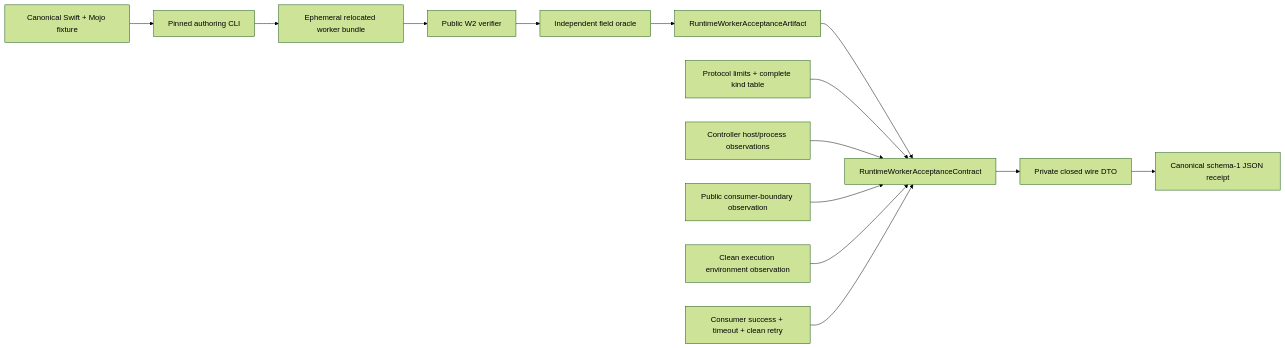
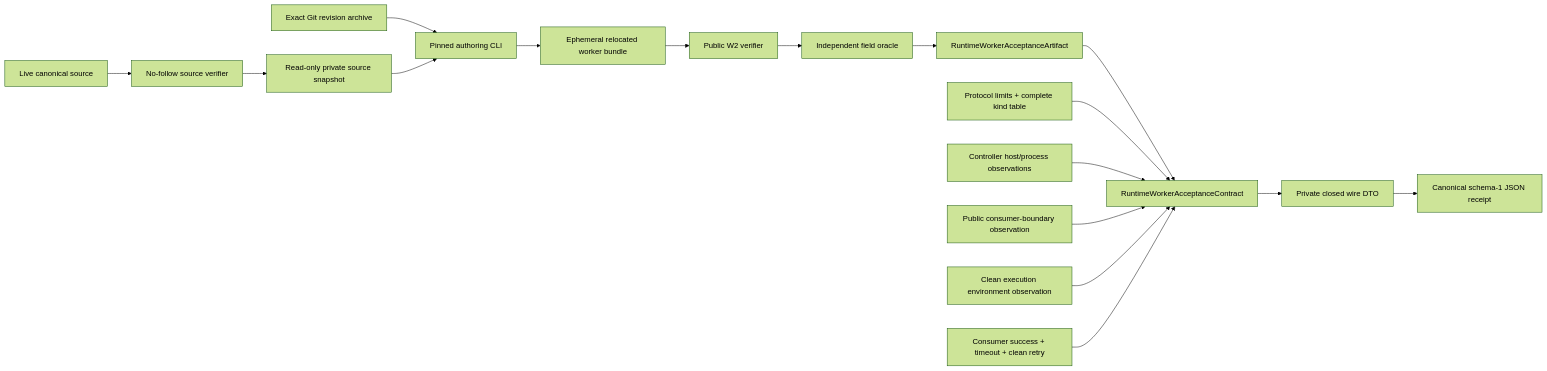
One commit to 1amageek/swift-mojo changed the diagram in Acceptance/RuntimeWorker/DESIGN.md. Above: the diagram before and after it, drawn with Mermaid (forest theme). The commit also changed other lines of this file and 27 other files, not shown here.

````diff
--- a/Acceptance/RuntimeWorker/DESIGN.md
+++ b/Acceptance/RuntimeWorker/DESIGN.md
@@ -75,16 +82,19 @@
 ```mermaid
 flowchart LR
-    S["Canonical Swift + Mojo fixture"] --> AU["Pinned authoring CLI"]
+    S["Live canonical source"] --> SI["No-follow source verifier"]
+    SI --> SS["Read-only private source snapshot"]
+    G["Exact Git revision archive"] --> AU["Pinned authoring CLI"]
+    SS --> AU
     AU --> B["Ephemeral relocated worker bundle"]
     B --> V["Public W2 verifier"]
     V --> O["Independent field oracle"]
     O --> A["RuntimeWorkerAcceptanceArtifact"]
     A --> R["RuntimeWorkerAcceptanceContract"]
     PK["Protocol limits + complete kind table"] --> R
     H["Controller host/process observations"] --> R
     C["Public consumer-boundary observation"] --> R
     E["Clean execution environment observation"] --> R
     L["Consumer success + timeout + clean retry"] --> R
     R --> D["Private closed wire DTO"]
     D --> J["Canonical schema-1 JSON receipt"]
 ```
````
